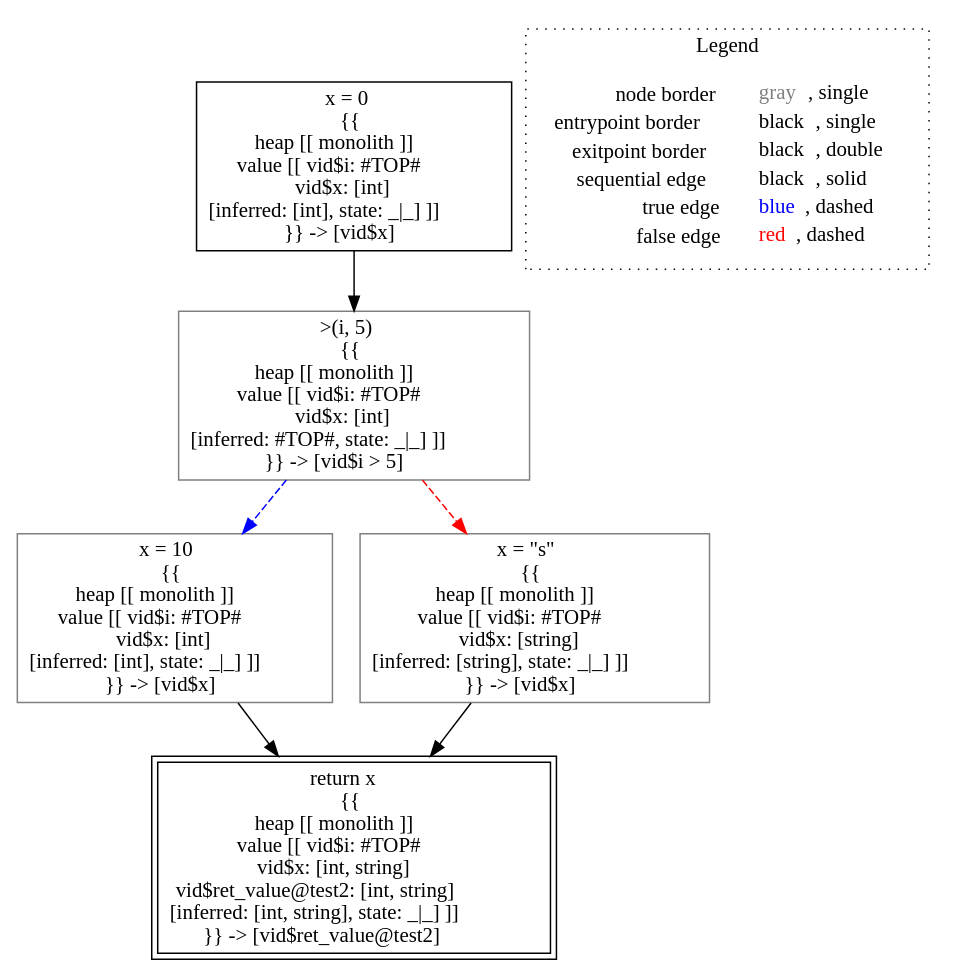
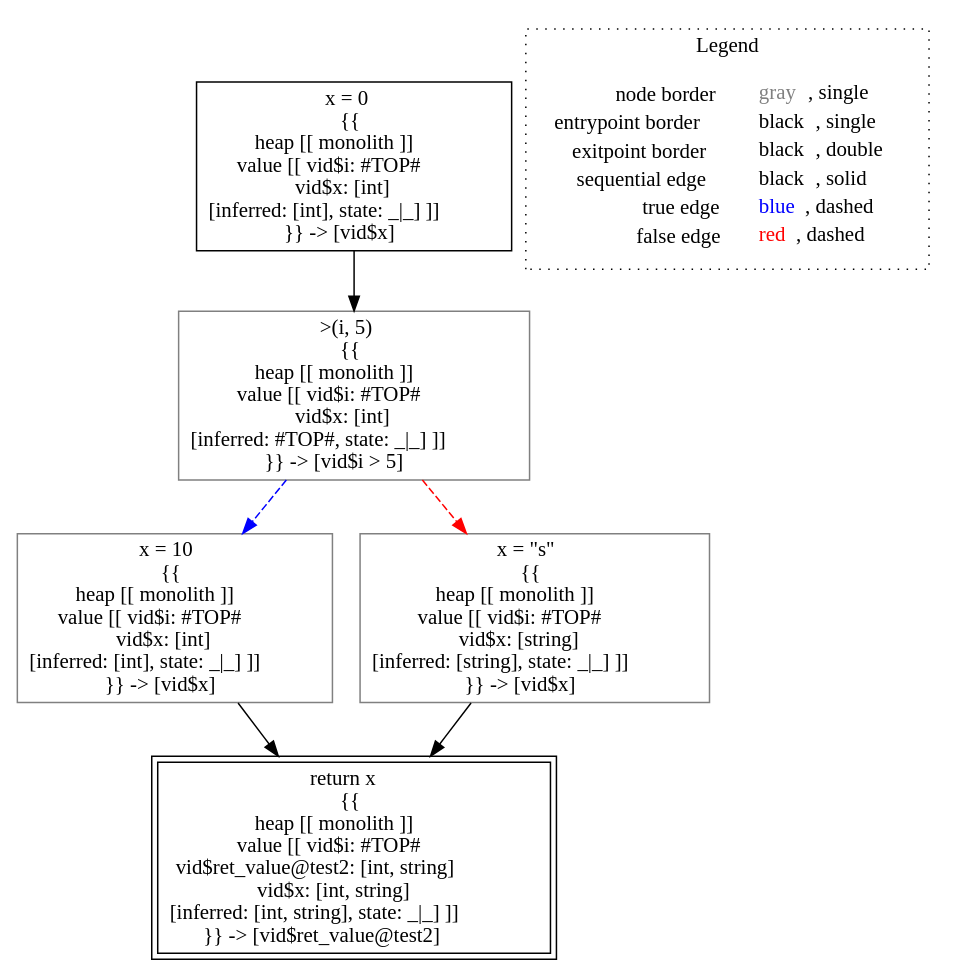
Before and after one commit to lisa-analyzer/lisa: the diagram in lisa/imp-testcases/type-inference/typing___untyped_typing.test2(untyped_i).dot, drawn with Graphviz. The commit also changed 29 other files, not shown here.

```diff
--- a/lisa/imp-testcases/type-inference/typing___untyped_typing.test2(untyped_i).dot
+++ b/lisa/imp-testcases/type-inference/typing___untyped_typing.test2(untyped_i).dot
@@ -1,19 +1,19 @@
 digraph {
 	"node0" [shape="rect",color="black",label=<x = 0<BR/>{{<BR/>heap [[ monolith ]]<BR/>value [[ vid$i: #TOP#<BR/>vid$x: [int]<BR/>[inferred: [int], state: _|_] ]]<BR/>}} -&gt; [vid$x]>];
-	"node1" [shape="rect",color="black",peripheries="2",label=<return x<BR/>{{<BR/>heap [[ monolith ]]<BR/>value [[ vid$i: #TOP#<BR/>vid$x: [int, string]<BR/>vid$ret_value@test2: [int, string]<BR/>[inferred: [int, string], state: _|_] ]]<BR/>}} -&gt; [vid$ret_value@test2]>];
+	"node1" [shape="rect",color="black",peripheries="2",label=<return x<BR/>{{<BR/>heap [[ monolith ]]<BR/>value [[ vid$i: #TOP#<BR/>vid$ret_value@test2: [int, string]<BR/>vid$x: [int, string]<BR/>[inferred: [int, string], state: _|_] ]]<BR/>}} -&gt; [vid$ret_value@test2]>];
 	"node2" [shape="rect",color="gray",label=<x = 10<BR/>{{<BR/>heap [[ monolith ]]<BR/>value [[ vid$i: #TOP#<BR/>vid$x: [int]<BR/>[inferred: [int], state: _|_] ]]<BR/>}} -&gt; [vid$x]>];
 	"node3" [shape="rect",color="gray",label=<&gt;(i, 5)<BR/>{{<BR/>heap [[ monolith ]]<BR/>value [[ vid$i: #TOP#<BR/>vid$x: [int]<BR/>[inferred: #TOP#, state: _|_] ]]<BR/>}} -&gt; [vid$i &gt; 5]>];
 	"node4" [shape="rect",color="gray",label=<x = &quot;s&quot;<BR/>{{<BR/>heap [[ monolith ]]<BR/>value [[ vid$i: #TOP#<BR/>vid$x: [string]<BR/>[inferred: [string], state: _|_] ]]<BR/>}} -&gt; [vid$x]>];
-	"node0" -> "node3" [color="black"];
 	"node2" -> "node1" [color="black"];
 	"node3" -> "node2" [color="blue",style="dashed"];
 	"node3" -> "node4" [color="red",style="dashed"];
+	"node0" -> "node3" [color="black"];
 	"node4" -> "node1" [color="black"];
 subgraph cluster_legend {
 	label="Legend";
 	style=dotted;
 	node [shape=plaintext];
 	"legend" [label=<<table border="0" cellpadding="2" cellspacing="0" cellborder="0"><tr><td align="right">node border&nbsp;</td><td align="left"><font color="gray">gray</font>, single</td></tr><tr><td align="right">entrypoint border&nbsp;</td><td align="left"><font color="black">black</font>, single</td></tr><tr><td align="right">exitpoint border&nbsp;</td><td align="left"><font color="black">black</font>, double</td></tr><tr><td align="right">sequential edge&nbsp;</td><td align="left"><font color="black">black</font>, solid</td></tr><tr><td align="right">true edge&nbsp;</td><td align="left"><font color="blue">blue</font>, dashed</td></tr><tr><td align="right">false edge&nbsp;</td><td align="left"><font color="red">red</font>, dashed</td></tr></table>>];
 }
 
 }
```
